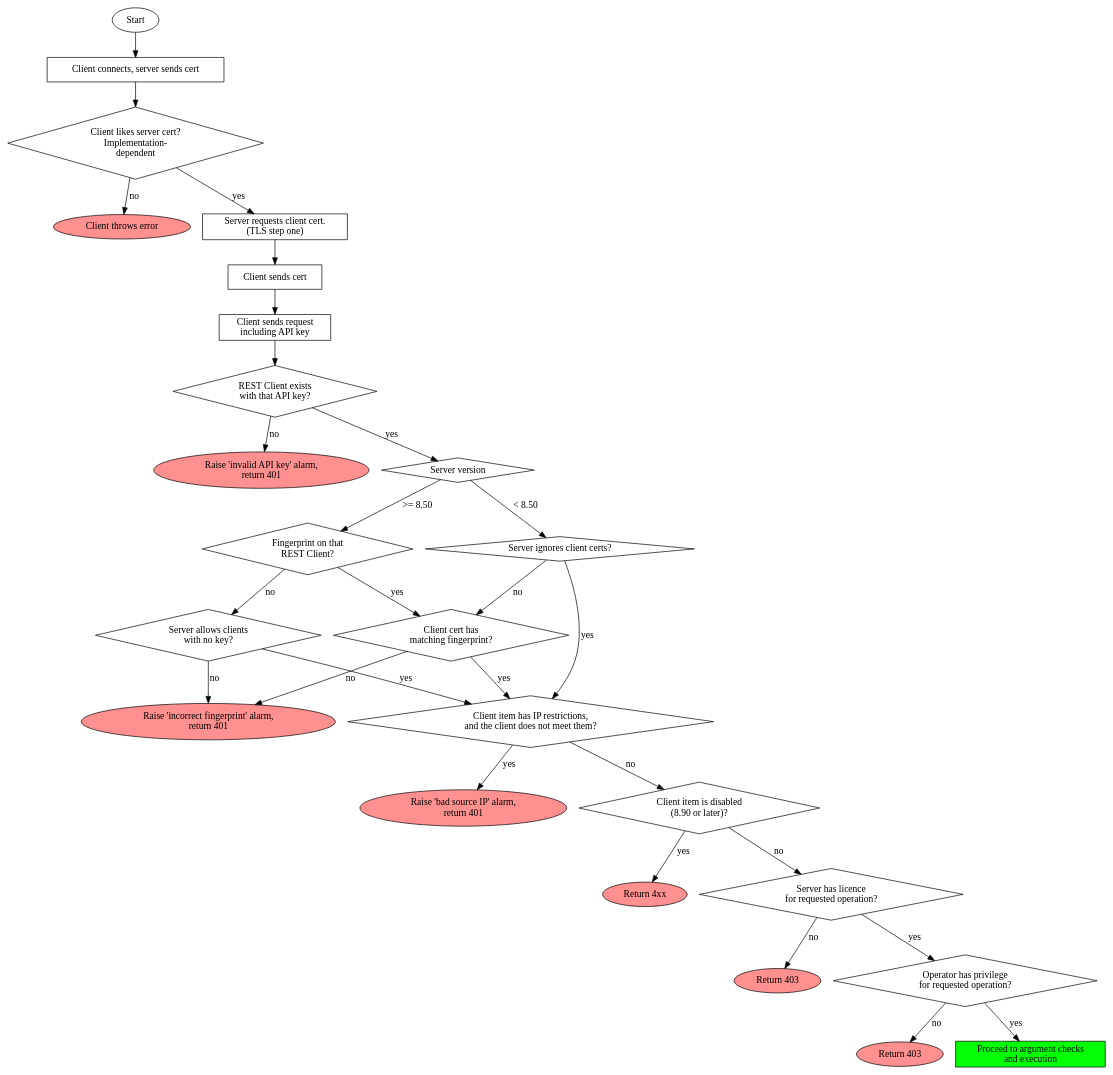
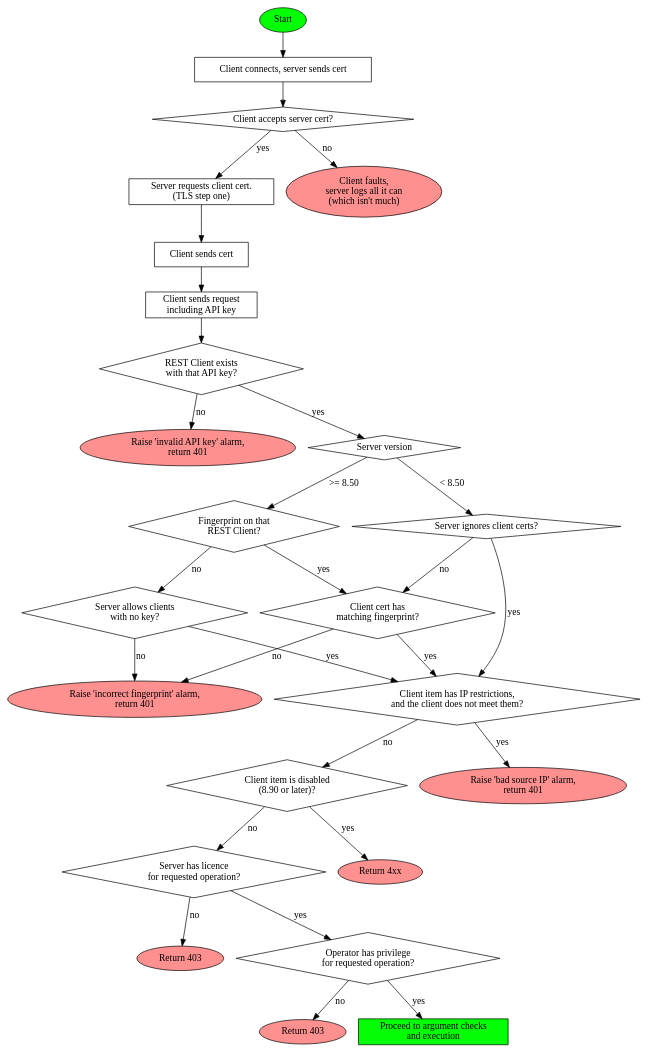
The diagram in training/auth_flow.dot (GallagherSecurity/cc-rest-docs), drawn with Graphviz before and after one commit. The commit also changed 1 other file, not shown here.

Commit message:
Balance flow chart

```diff
--- a/training/auth_flow.dot
+++ b/training/auth_flow.dot
@@ -1,74 +1,74 @@
 # Turn this into auth_flow.dot.pdf using Graphviz:
 # dot auth_flow.dot -Tpdf -O
 digraph
 {
-        start[label=Start]
+        start[label=Start style=filled fillcolor="#04ff04"]
 
         node [shape=ellipse, style=filled, fillcolor="#ff9090"]
         o_noapikey[label="Raise 'invalid API key' alarm,\nreturn 401"]
         o_badprint[label="Raise 'incorrect fingerprint' alarm,\nreturn 401"]
         o_badip[label="Raise 'bad source IP' alarm,\nreturn 401"]
         o_disabled[label="Return 4xx"] # TBD
         o_nolicence[label="Return 403"]
-        clientquit[label="Client throws error"]
+        o_clientquit[label="Client faults,\nserver logs all it can\n(which isn't much)"]
         o_nopriv[label="Return 403"]
 
         node [shape=box, style=""]
         op1[label="Client connects, server sends cert"]
         o_reqclientcert[label="Server requests client cert.\n(TLS step one)"]
         o_clientsendscert[label="Client sends cert"]
         o_clientreq[label="Client sends request\nincluding API key"]
         o_argcheck[label="Proceed to argument checks\nand execution" style=filled fillcolor="#04ff04"]
 
         node [shape=diamond]
-        cond[label="Client likes server cert?\nImplementation-\ndependent"]
+        cond[label="Client accepts server cert?" ordering=out ]
         c_apikeycheck[label="REST Client exists\nwith that API key?"]
         c_versioncheck [label="Server version" ]
         c_clientcertcheck1[label="Fingerprint on that\nREST Client?"]
         c_clientcertcheck2[label="Server allows clients\nwith no key?"]
 
         c_clientcertcheck840[label="Server ignores client certs?"]
 
         c_correctcert[label="Client cert has\nmatching fingerprint?" shape=diamond]
-        c_sourceip1[label="Client item has IP restrictions,\nand the client does not meet them?"]
-        c_disabled[label="Client item is disabled\n(8.90 or later)?"]
+        c_sourceip[label="Client item has IP restrictions,\nand the client does not meet them?" ordering=out ]
+        c_disabled[label="Client item is disabled\n(8.90 or later)?" ordering=out ]
         c_licence[label="Server has licence\nfor requested operation?"]
         c_privcheck[label="Operator has privilege\nfor requested operation?"]
 
         start->op1
         op1->cond
-        cond->clientquit [label = "no"]
         cond->o_reqclientcert [label = "yes"]
+        cond->o_clientquit [label = "no"]
         o_reqclientcert -> o_clientsendscert
         o_clientsendscert -> o_clientreq
         o_clientreq->c_apikeycheck
 
+        c_apikeycheck->c_versioncheck [label = "yes"]
         c_apikeycheck->o_noapikey [label = "no"]
-        c_apikeycheck->c_versioncheck [label = "yes"]
 
         c_versioncheck -> c_clientcertcheck1 [label = ">= 8.50"]
         c_versioncheck -> c_clientcertcheck840 [label = "< 8.50"]
 
         c_clientcertcheck1->c_clientcertcheck2 [label= "no"]
 
-        c_clientcertcheck840->c_sourceip1 [label = "yes"]
+        c_clientcertcheck840->c_sourceip [label = "yes"]
         c_clientcertcheck840->c_correctcert [label = "no"]
 
+        c_clientcertcheck2->c_sourceip [label = "yes"]
         c_clientcertcheck2->o_badprint [label = "no"]
-        c_clientcertcheck2->c_sourceip1 [label = "yes"]
 
         c_clientcertcheck1->c_correctcert [label = "yes"]
         c_correctcert->o_badprint [label = "no"]
 
-        c_correctcert->c_sourceip1 [label = "yes"]
-        c_sourceip1->c_disabled [label = "no"]
-        c_sourceip1->o_badip [label = "yes"]
+        c_correctcert->c_sourceip [label = "yes"]
+        c_sourceip->c_disabled [label = "no"]
+        c_sourceip->o_badip [label = "yes"]
 
         c_disabled->c_licence [label = "no"]
         c_disabled->o_disabled [label = "yes"]
 
+        c_licence->c_privcheck [label="yes"]
         c_licence->o_nolicence [label="no"]
-        c_licence->c_privcheck [label="yes"]
         c_privcheck->o_nopriv [label="no"]
         c_privcheck->o_argcheck [label="yes"]
 }
```
